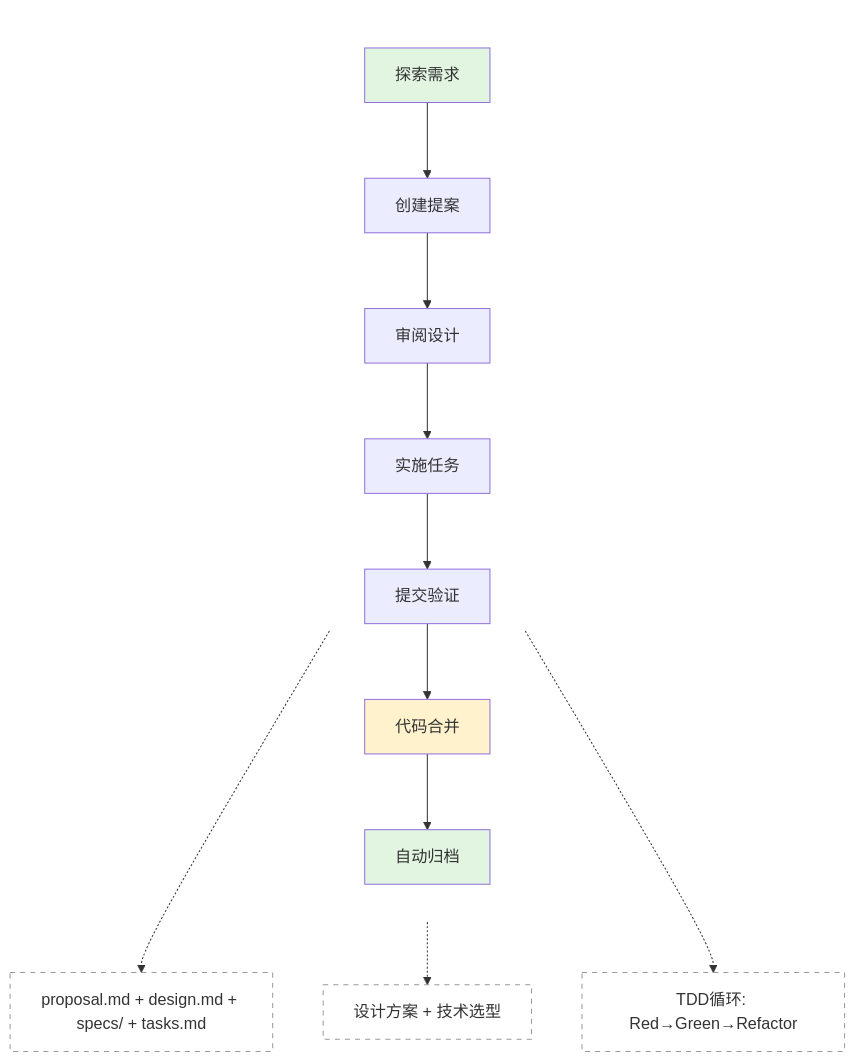
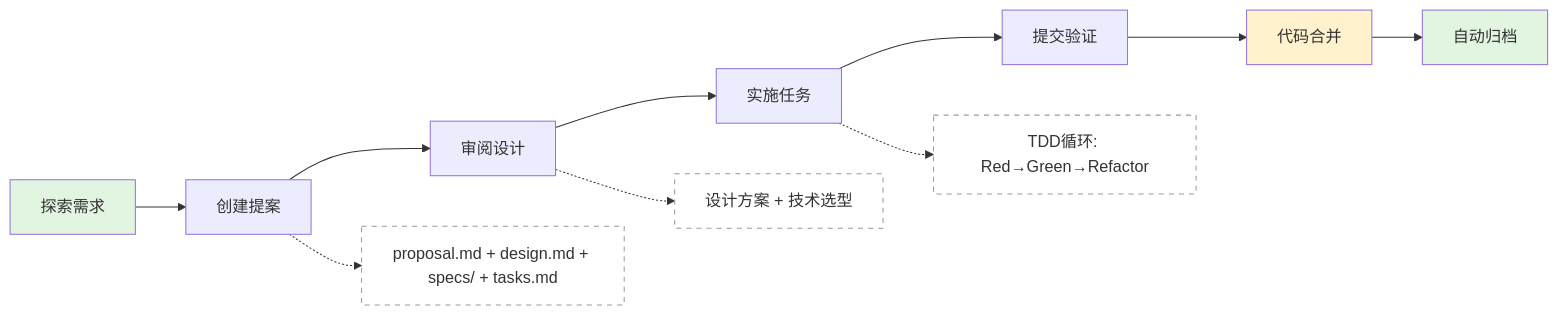
Before and after one commit to lihaizhong/niuma: the diagram in docs/openspec/00-quick-start.md, drawn with Mermaid. The commit also changed 22 other files, not shown here.

First line of the commit message:
refactor: convert OpenSpec schemas to official CLI format

````diff
--- a/docs/openspec/00-quick-start.md
+++ b/docs/openspec/00-quick-start.md
@@ -148,24 +148,25 @@
 ```mermaid
-flowchart TB
-    subgraph main[" "]
-        direction TB
-        A[探索需求] --> B[创建提案]
-        B --> C[审阅设计]
-        C --> D[实施任务]
-        D --> E[提交验证]
-        E --> F[代码合并]
-        F --> G[自动归档]
-    end
+flowchart LR
+    direction TB
+    A[探索需求] --> B[创建提案]
+    B --> C[审阅设计]
+    C --> D[实施任务]
+    D --> E[提交验证]
+    E --> F[代码合并]
+    F --> G[自动归档]
 
-    B -.-> B1[proposal.md + design.md + specs/ + tasks.md]
-    C -.-> C1[设计方案 + 技术选型]
-    D -.-> D1[TDD循环: Red→Green→Refactor]
+    B1[proposal.md + design.md + specs/ + tasks.md]
+    C1[设计方案 + 技术选型]
+    D1[TDD循环: Red→Green→Refactor]
+
+    B -.-> B1
+    C -.-> C1
+    D -.-> D1
 
     style A fill:#e1f5e1
     style G fill:#e1f5e1
     style F fill:#fff2cc
     style B1 fill:none,stroke:#999,stroke-dasharray: 5 5
     style C1 fill:none,stroke:#999,stroke-dasharray: 5 5
     style D1 fill:none,stroke:#999,stroke-dasharray: 5 5
-    style main fill:none,stroke:none
 ```
````
